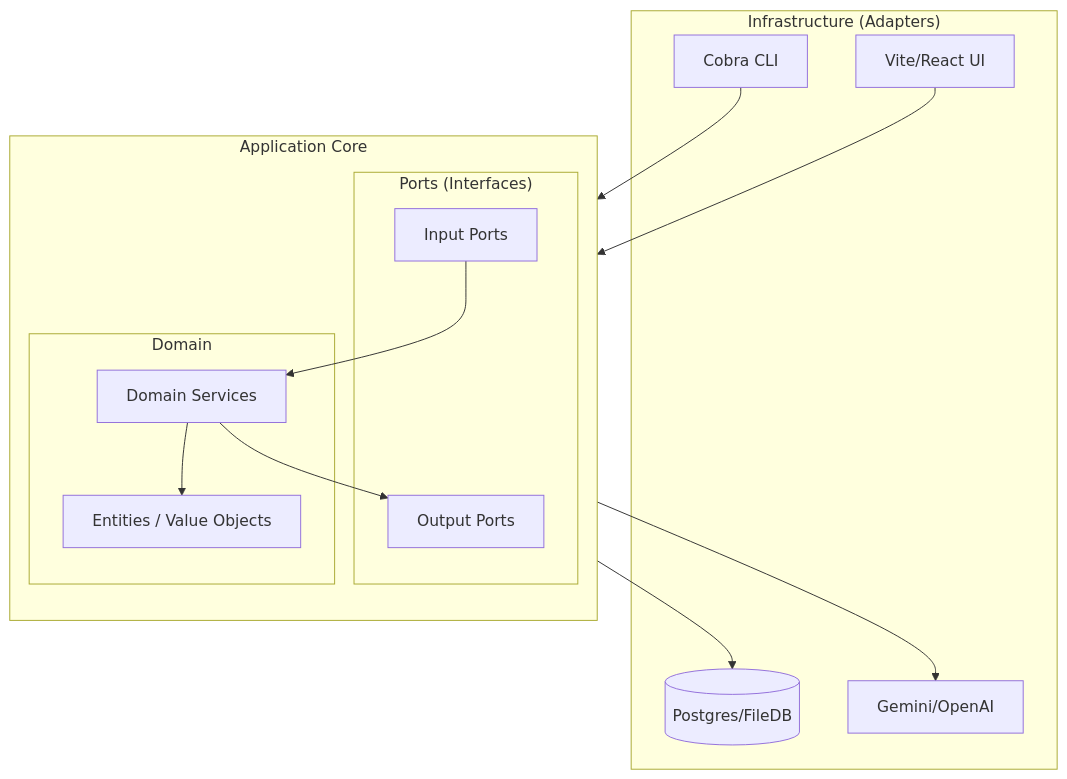
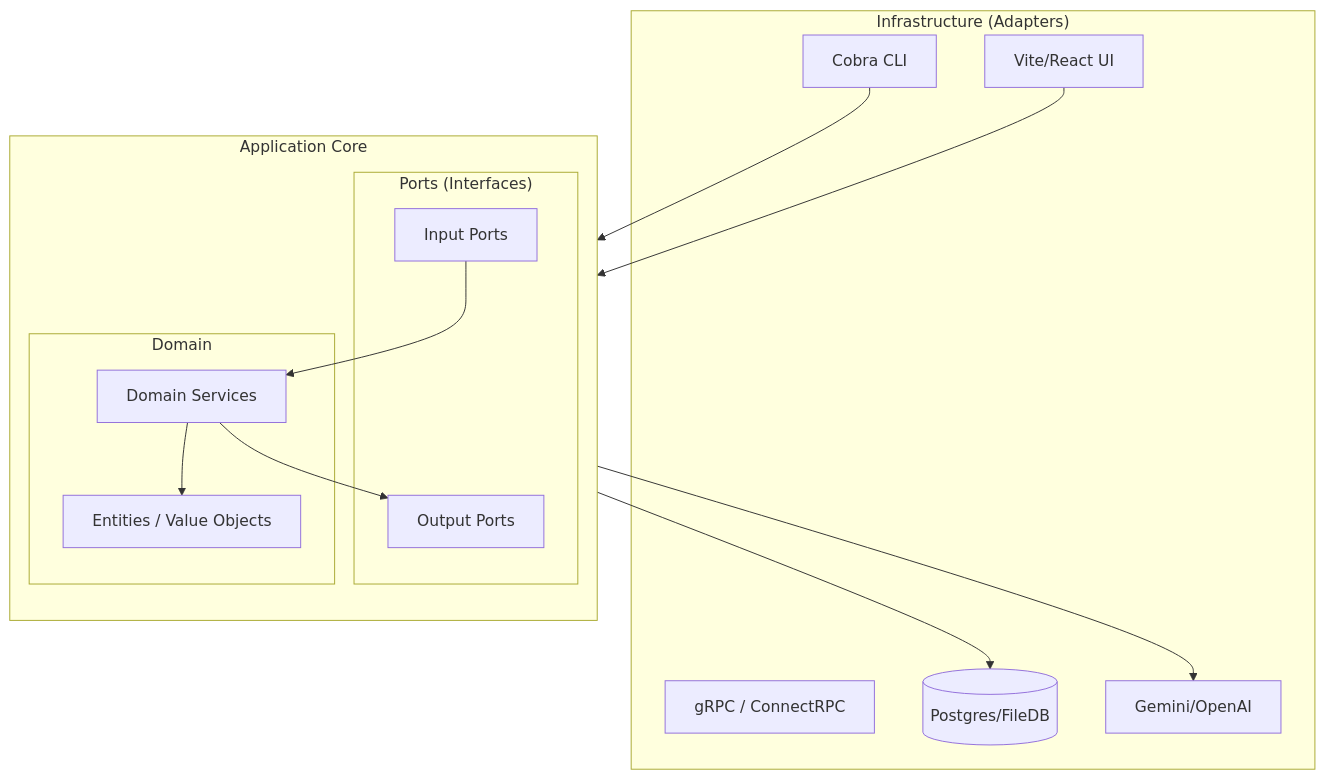
The diagram in ARCHITECTURE.md (GeoffMillerAZ/kit--new), drawn with Mermaid before and after one commit. The commit also changed other lines of this file and 4 other files, not shown here.

````diff
--- a/ARCHITECTURE.md
+++ b/ARCHITECTURE.md
@@ -11,30 +11,31 @@
 ```mermaid
 graph TD
     subgraph "Infrastructure (Adapters)"
         CLI[Cobra CLI]
         Web[Vite/React UI]
+        GRPC[gRPC / ConnectRPC]
         DB[(Postgres/FileDB)]
         AI[Gemini/OpenAI]
     end
 
     subgraph "Application Core"
         direction TB
         subgraph "Ports (Interfaces)"
             IP[Input Ports]
             OP[Output Ports]
         end
         
         subgraph "Domain"
             Services[Domain Services]
             Entities[Entities / Value Objects]
         end
     end
 
     CLI --> IP
     Web --> IP
     IP --> Services
     Services --> Entities
     Services --> OP
     OP --> DB
     OP --> AI
 ```
````
